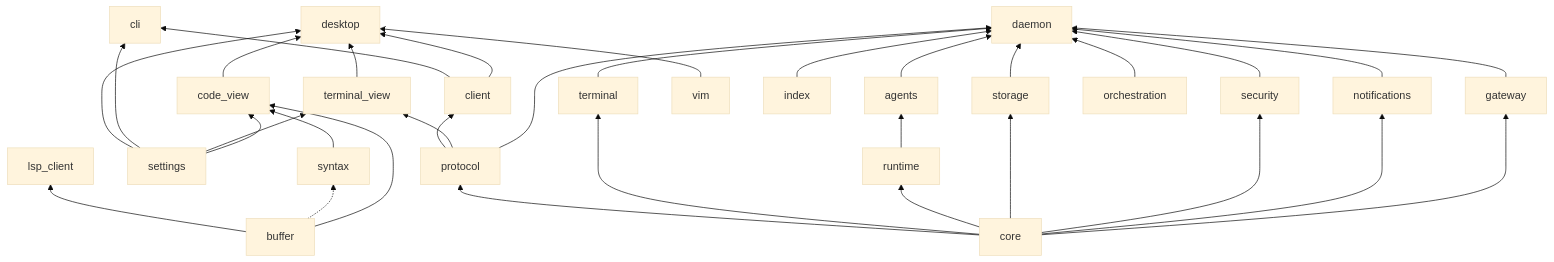
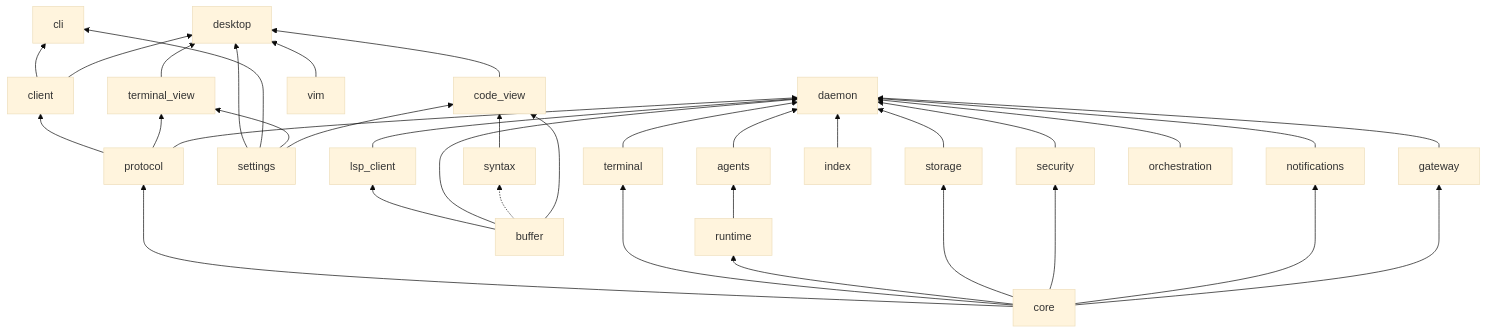
One commit to robertt3kuk/hutan changed the second of 8 diagrams in docs/architecture.md. Above: the diagram before and after it, drawn with Mermaid (base theme). The commit also changed other lines of this file and 6 other files, not shown here.

Commit message:
docs: language servers — docs/lsp.md, protocol § LSP, resources, control, architecture, editor (E-11b)

````diff
--- a/docs/architecture.md
+++ b/docs/architecture.md
@@ -60,22 +60,23 @@
 ```mermaid
 flowchart BT
   core --> protocol
   protocol --> client
   client --> cli
   client --> desktop
   protocol --> terminal_view --> desktop
   settings --> desktop
   settings --> cli
   settings --> terminal_view
   core --> terminal & runtime & storage & security & notifications
   buffer
   buffer --> lsp_client
+  lsp_client & buffer --> daemon
   buffer -.-> syntax
   buffer & syntax & settings --> code_view --> desktop
   vim --> desktop
   index --> daemon
   runtime --> agents
   core --> gateway
   terminal & agents & gateway & storage & security & notifications & orchestration --> daemon
   protocol --> daemon
 ```
````
